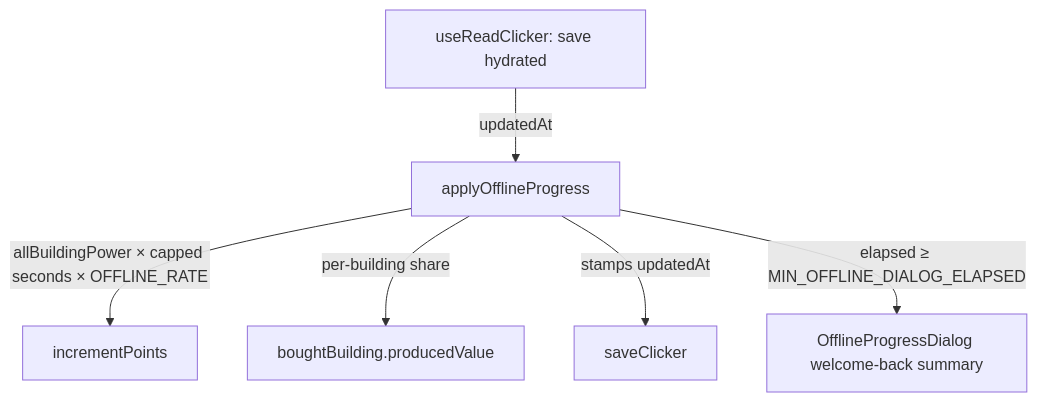
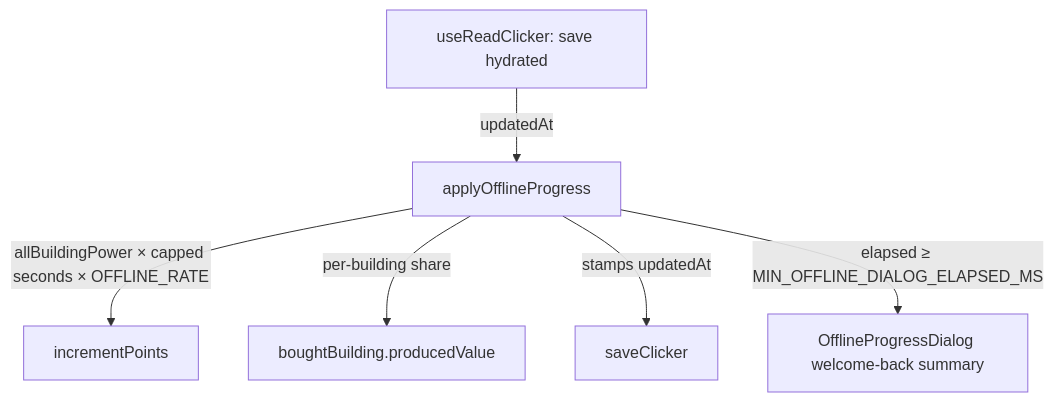
Before and after one commit to Esposter/Esposter: the diagram in apps/web/content/docs/clicker/offline-progress.md, drawn with Mermaid. The commit also changed 2 other files, not shown here.

Commit message:
docs: the diagrams and the /me example name what the code names
The slash command message flow says a posting case assigns `message` and a dialog or mutation case leaves it
empty, and the `/me` example assigns the shared `message` rather than a `createMessageInput` the switch no
longer builds. The offline-progress flowchart names `MIN_OFFLINE_DIALOG_ELAPSED_MS` and the emoji diagram names
`MessageModelMessageEmojiListItem`, as the prose beside each already does.

Answers: 4016671789
Answers: 4016671794
Answers: 4016671803

````diff
--- a/apps/web/content/docs/clicker/offline-progress.md
+++ b/apps/web/content/docs/clicker/offline-progress.md
@@ -14,8 +14,8 @@
 ```mermaid
 flowchart TD
   load[useReadClicker: save hydrated] -->|updatedAt| apply[applyOfflineProgress]
   apply -->|allBuildingPower × capped seconds × OFFLINE_RATE| points[incrementPoints]
   apply -->|per-building share| produced[boughtBuilding.producedValue]
   apply -->|stamps updatedAt| save[saveClicker]
-  apply -->|elapsed ≥ MIN_OFFLINE_DIALOG_ELAPSED| dialog[OfflineProgressDialog welcome-back summary]
+  apply -->|elapsed ≥ MIN_OFFLINE_DIALOG_ELAPSED_MS| dialog[OfflineProgressDialog welcome-back summary]
 ```
````
